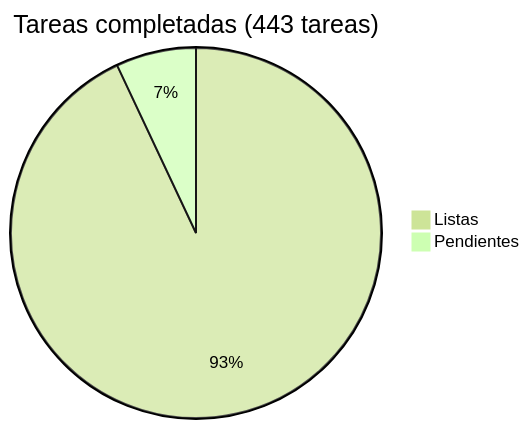
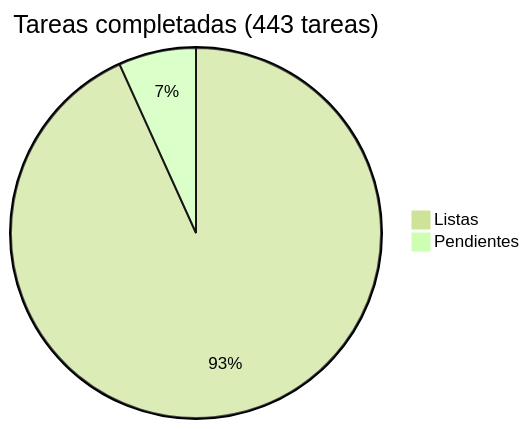
Before and after one commit to araguaney-lat/araguaney: the diagram in docs/roadmap/README.md, drawn with Mermaid (forest theme). The commit also changed other lines of this file and 7 other files, not shown here.

````diff
--- a/docs/roadmap/README.md
+++ b/docs/roadmap/README.md
@@ -5,5 +5,5 @@
 ```mermaid
 pie title Tareas completadas (443 tareas)
-    "Listas" : 412
-    "Pendientes" : 31
+    "Listas" : 413
+    "Pendientes" : 30
 ```
````
